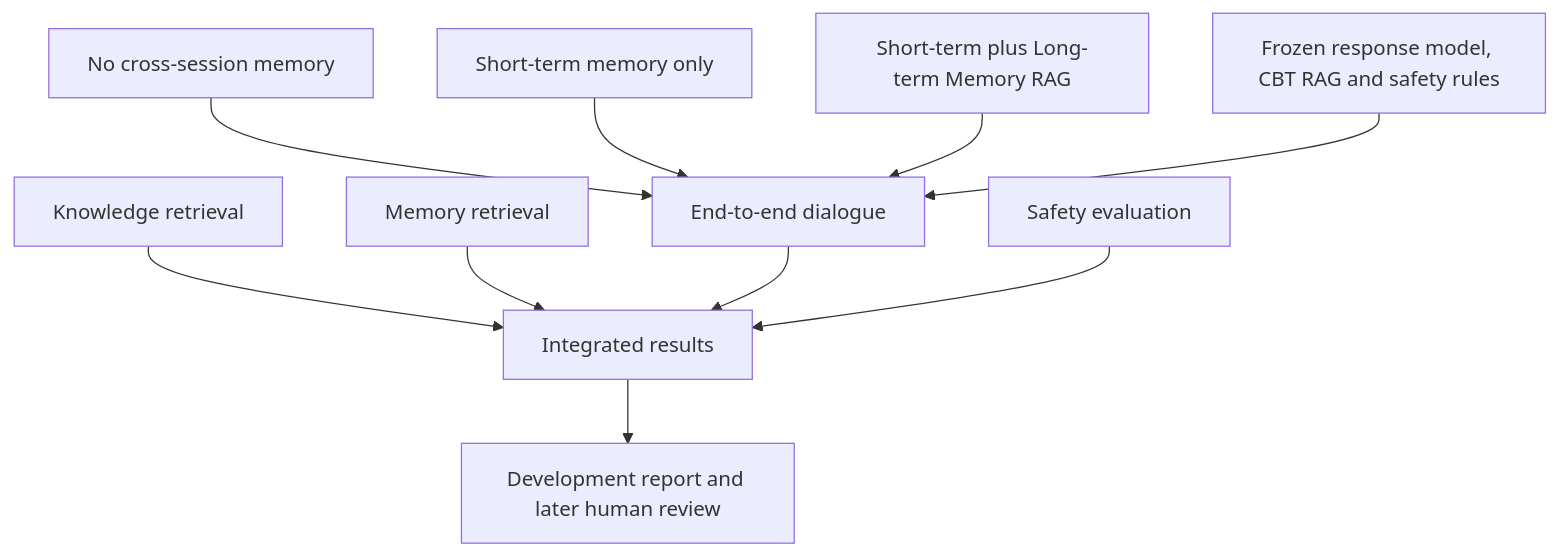
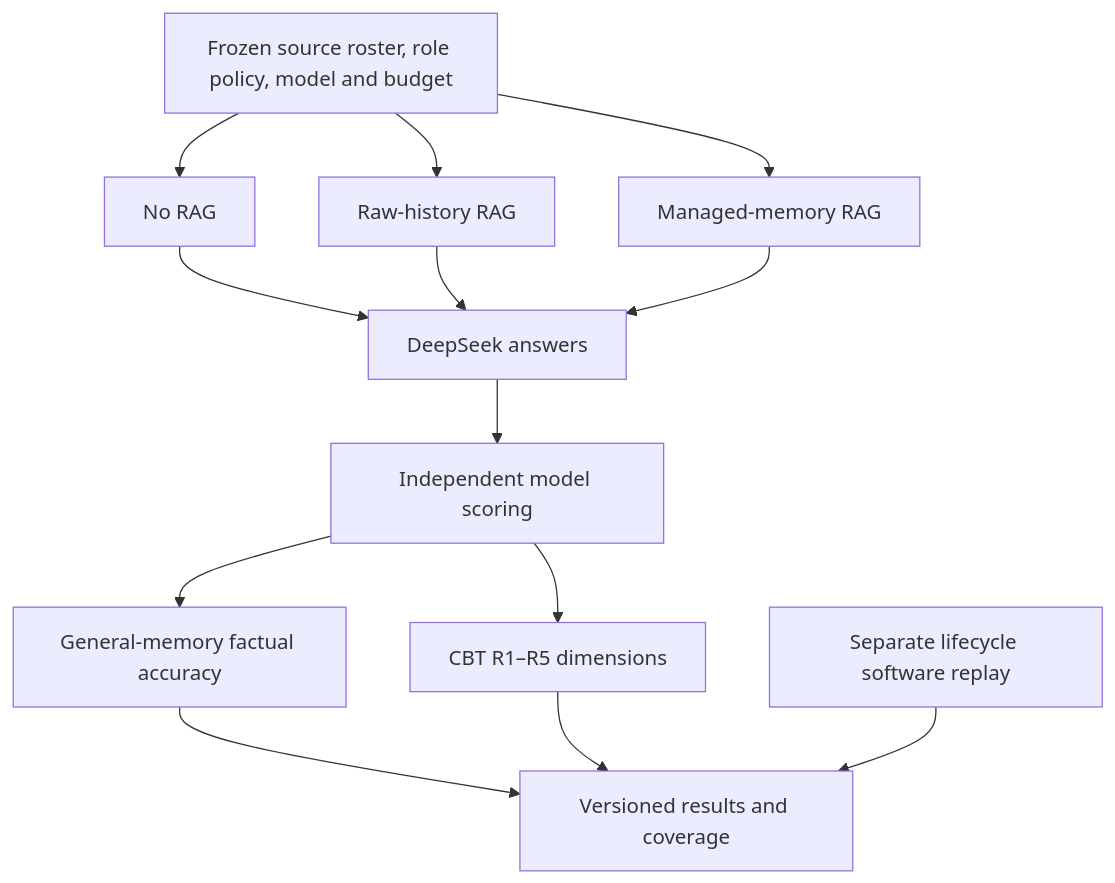
The ninth of 9 diagrams in docs/architecture.md (nanlalala/cbt-memory-system), drawn with Mermaid before and after one commit. The commit also changed other lines of this file and 4 other files, not shown here.

Commit message:
Document sourced memory readout and preserve historical evaluation

````diff
--- a/docs/architecture.md
+++ b/docs/architecture.md
@@ -235,12 +262,15 @@
 ```mermaid
 flowchart TD
-    K["Knowledge retrieval"] --> R["Integrated results"]
-    M["Memory retrieval"] --> R
-    D["End-to-end dialogue"] --> R
-    S["Safety evaluation"] --> R
-    C1["No cross-session memory"] --> D
-    C2["Short-term memory only"] --> D
-    C3["Short-term plus Long-term Memory RAG"] --> D
-    F["Frozen response model, CBT RAG and safety rules"] --> D
-    R --> REP["Development report and later human review"]
+    F["Frozen source roster, role policy, model and budget"] --> N["No RAG"]
+    F --> R["Raw-history RAG"]
+    F --> M["Managed-memory RAG"]
+    N --> G["DeepSeek answers"]
+    R --> G
+    M --> G
+    G --> Q["Independent model scoring"]
+    Q --> L["General-memory factual accuracy"]
+    Q --> C["CBT R1–R5 dimensions"]
+    L --> P["Versioned results and coverage"]
+    C --> P
+    S["Separate lifecycle software replay"] --> P
 ```
````
